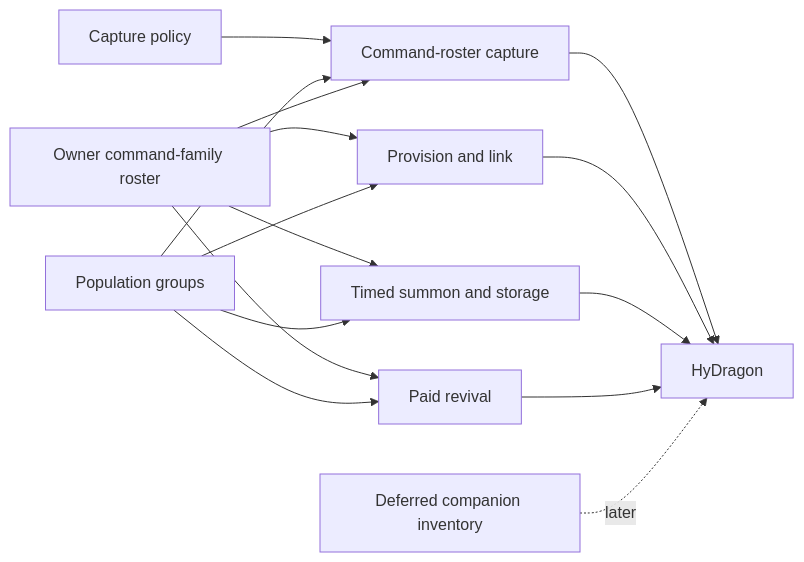
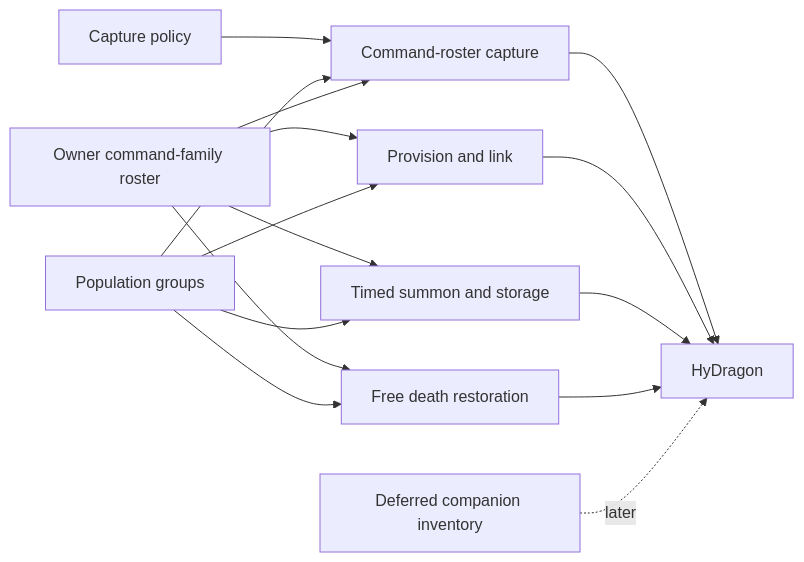
Before and after one commit to Alechilles/AlecsTamework: the diagram in docs/specs/hydragon/README.md, drawn with Mermaid. The commit also changed other lines of this file and 137 other files, not shown here.

First line of the commit message:
Refactor: remove unreleased paid revival

````diff
--- a/docs/specs/hydragon/README.md
+++ b/docs/specs/hydragon/README.md
@@ -78,17 +77,17 @@
 ```mermaid
 flowchart LR
     CP["Capture policy"] --> CR["Command-roster capture"]
     PG["Population groups"] --> CR
     RO["Owner command-family roster"] --> CR
     RO --> PR["Provision and link"]
     RO --> TS["Timed summon and storage"]
     PG --> TS
-    RO --> RV["Paid revival"]
+    RO --> RV["Free death restoration"]
     PG --> PR
     PG --> RV
     CR --> HY["HyDragon"]
     PR --> HY
     TS --> HY
     RV --> HY
     CI["Deferred companion inventory"] -. later .-> HY
 ```
````
